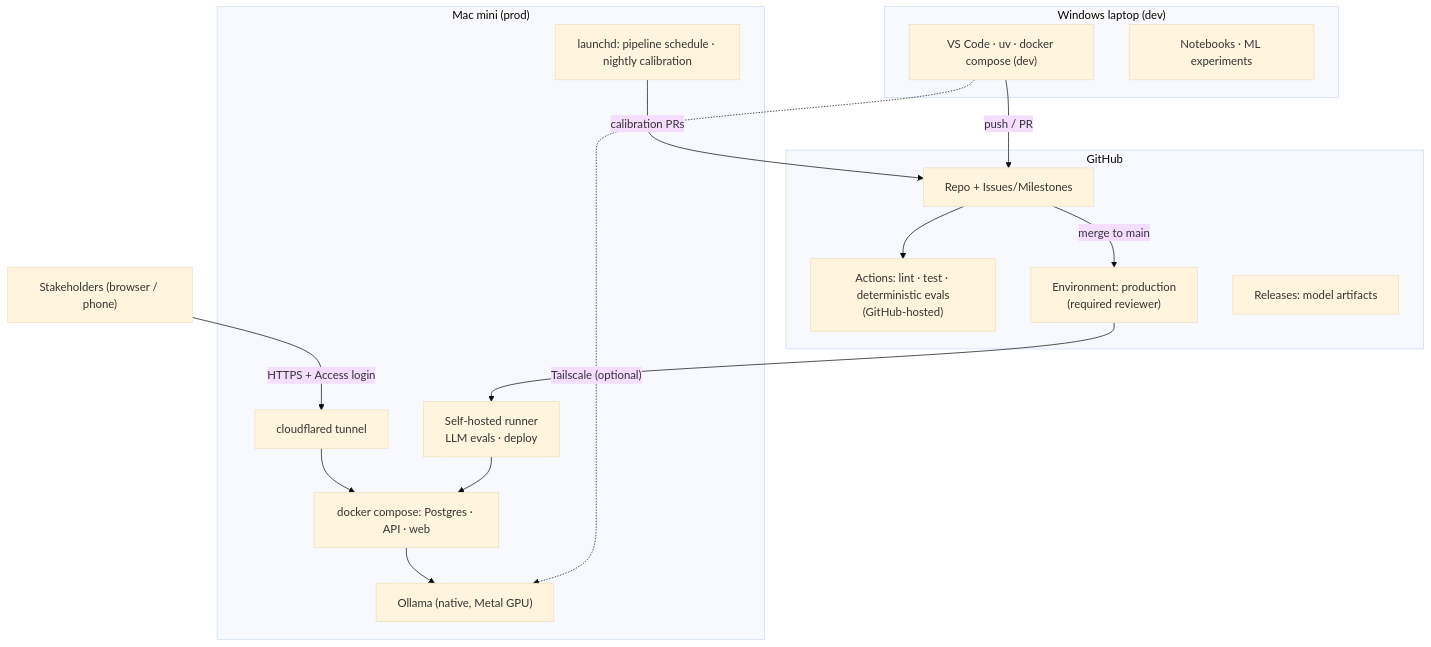
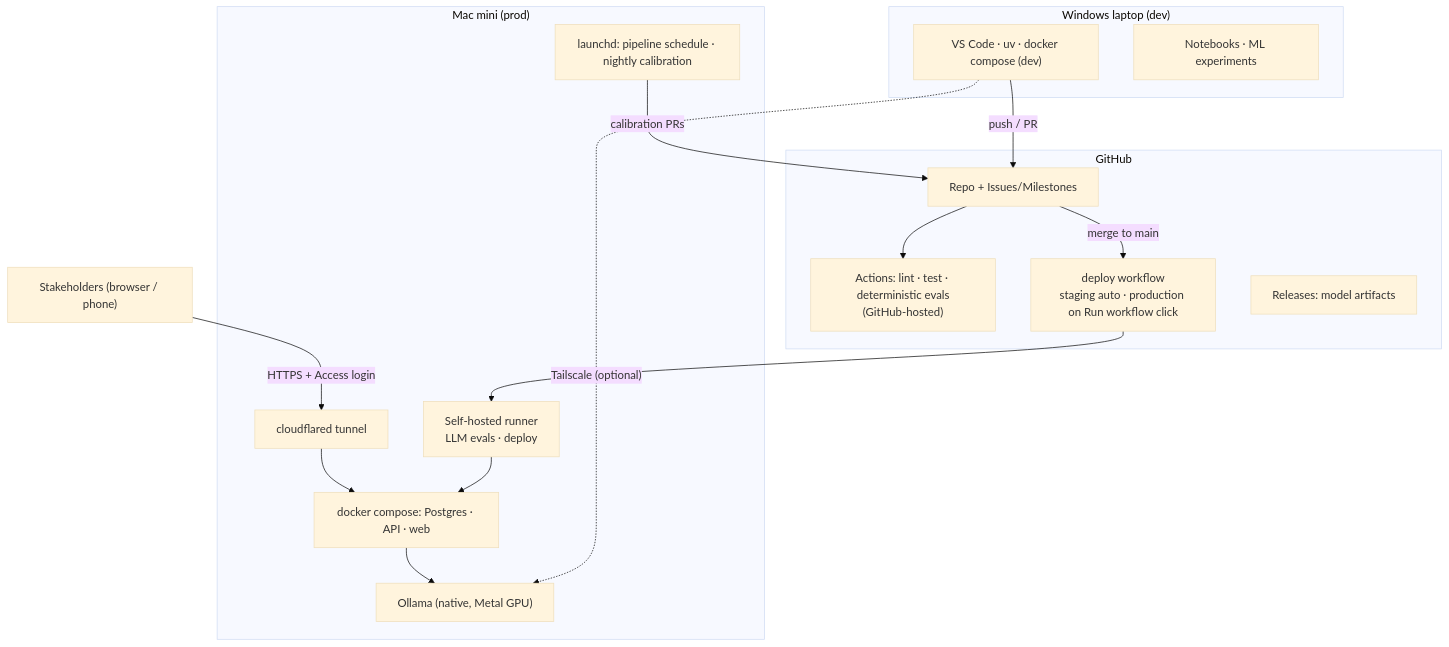
One commit to thereven3947/data-to-decision-ai changed the second of 2 diagrams in docs/architecture.md. Above: the diagram before and after it, drawn with Mermaid (base theme). The commit also changed 14 other files, not shown here.

Commit message:
[M4-03] Self-hosted runner, deploy workflow (staging auto, production on click), launchd pipeline schedule

````diff
--- a/docs/architecture.md
+++ b/docs/architecture.md
@@ -71,29 +71,29 @@
 ```mermaid
 flowchart TB
   subgraph GH["GitHub"]
     REPO["Repo + Issues/Milestones"]
     CI["Actions: lint · test · deterministic evals<br/>(GitHub-hosted)"]
-    ENV["Environment: production<br/>(required reviewer)"]
+    ENV["deploy workflow<br/>staging auto · production on Run workflow click"]
     REL["Releases: model artifacts"]
   end
 
   subgraph MAC["Mac mini (prod)"]
     RUN["Self-hosted runner<br/>LLM evals · deploy"]
     OLL["Ollama (native, Metal GPU)"]
     DC["docker compose: Postgres · API · web"]
     JOBS["launchd: pipeline schedule · nightly calibration"]
     CF["cloudflared tunnel"]
   end
 
   subgraph WIN["Windows laptop (dev)"]
     DEV["VS Code · uv · docker compose (dev)"]
     NB["Notebooks · ML experiments"]
   end
 
   USER["Stakeholders (browser / phone)"] -->|HTTPS + Access login| CF --> DC
   DEV -->|push / PR| REPO --> CI
   REPO -->|merge to main| ENV --> RUN --> DC
   JOBS -->|calibration PRs| REPO
   DC --> OLL
   DEV -. Tailscale (optional) .-> OLL
 ```
````
